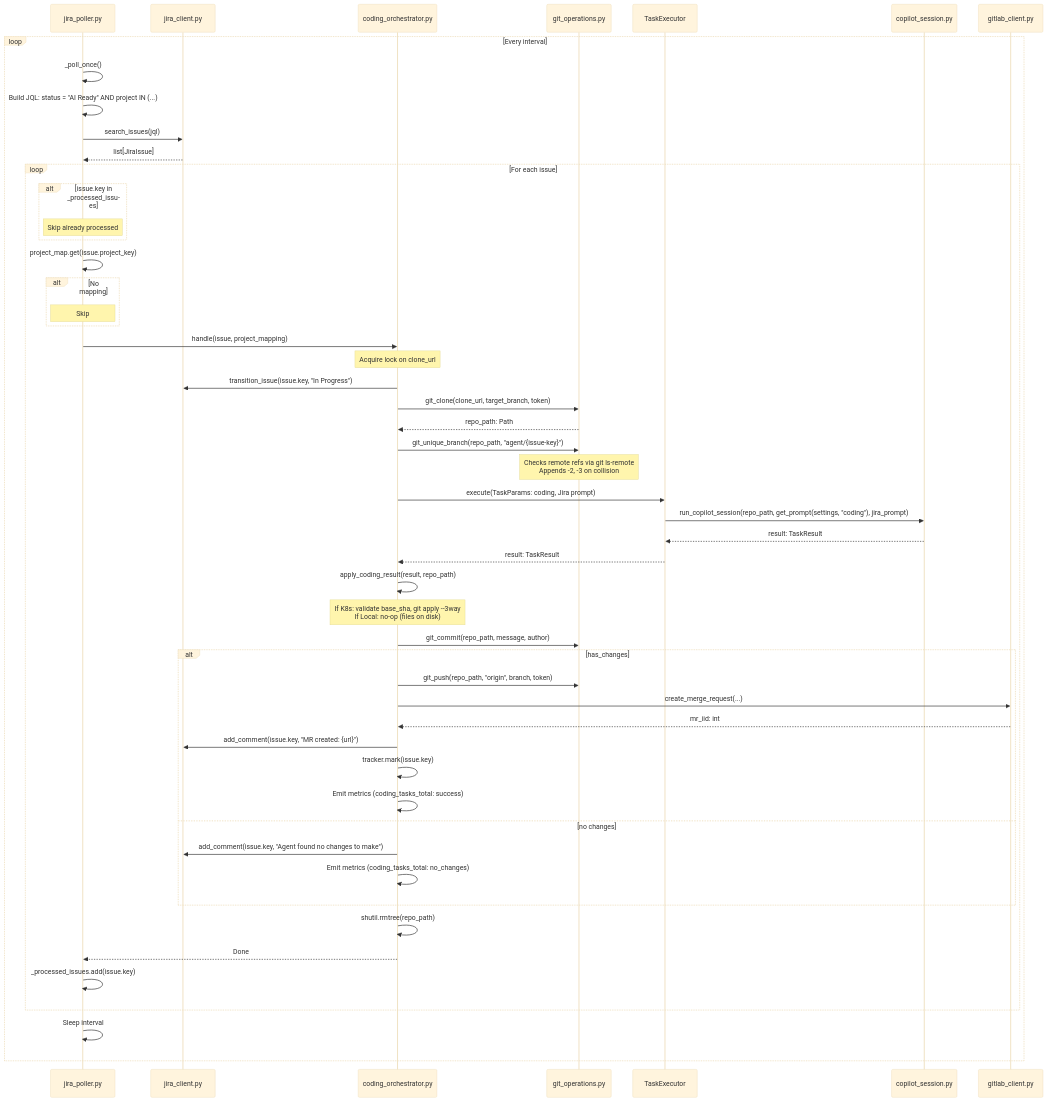
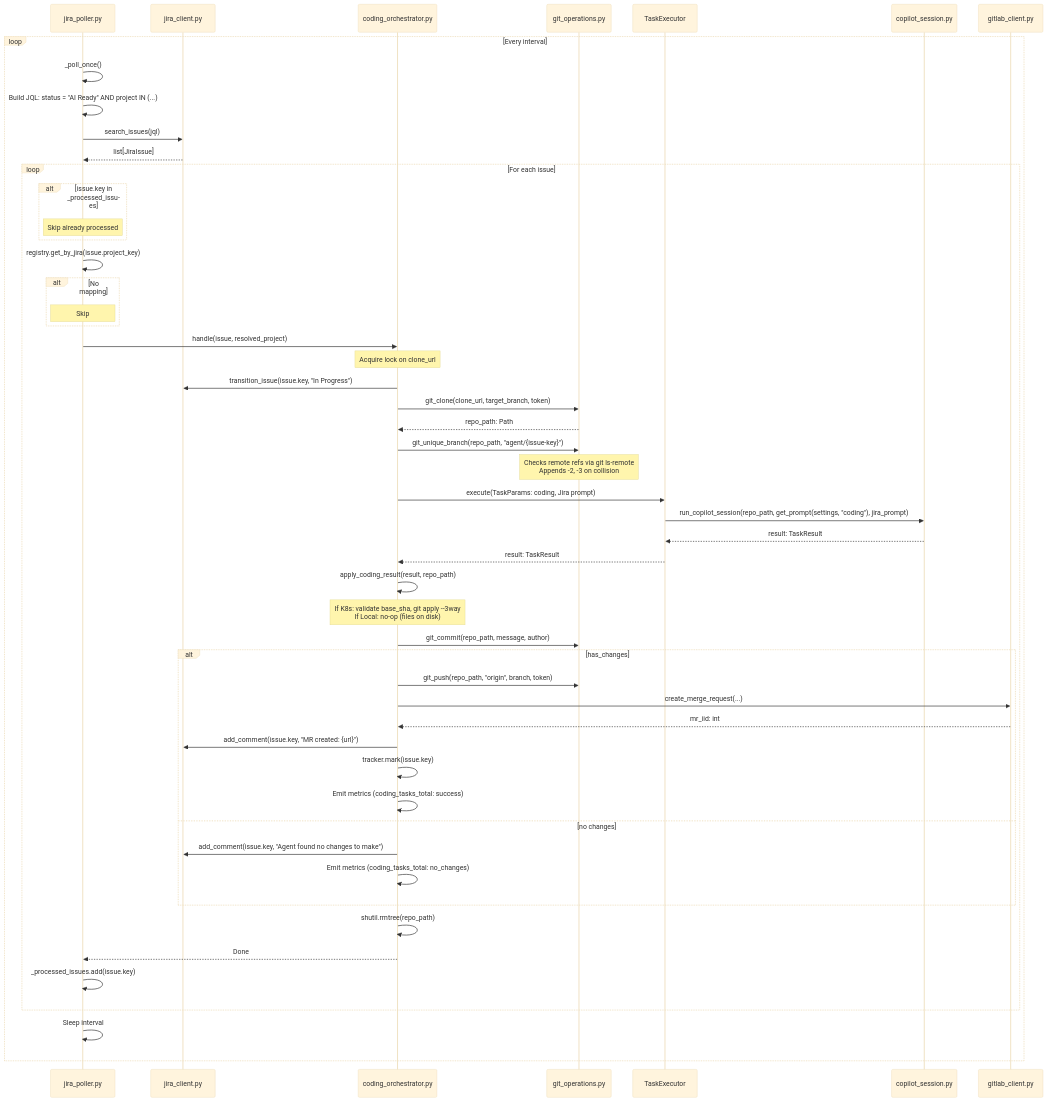
The fifth of 5 diagrams in docs/wiki/request-flows.md (peteroden/gitlab-copilot-agent), drawn with Mermaid (base theme) before and after one commit. The commit also changed other lines of this file and 5 other files, not shown here.

First line of the commit message:
docs(jira): update mapping docs, architecture refs, and add ADR-0007

````diff
--- a/docs/wiki/request-flows.md
+++ b/docs/wiki/request-flows.md
@@ -259,67 +259,67 @@
 ```mermaid
 sequenceDiagram
     participant POLL as jira_poller.py
     participant JCL as jira_client.py
     participant CODING as coding_orchestrator.py
     participant GIT as git_operations.py
     participant EXEC as TaskExecutor
     participant COP as copilot_session.py
     participant GLCL as gitlab_client.py
     
     loop Every interval
         POLL->>POLL: _poll_once()
         POLL->>POLL: Build JQL: status = "AI Ready" AND project IN (...)
         POLL->>JCL: search_issues(jql)
         JCL-->>POLL: list[JiraIssue]
         
         loop For each issue
             alt issue.key in _processed_issues
                 Note over POLL: Skip already processed
             end
             
-            POLL->>POLL: project_map.get(issue.project_key)
+            POLL->>POLL: registry.get_by_jira(issue.project_key)
             alt No mapping
                 Note over POLL: Skip
             end
             
-            POLL->>CODING: handle(issue, project_mapping)
+            POLL->>CODING: handle(issue, resolved_project)
             
             Note over CODING: Acquire lock on clone_url
             
             CODING->>JCL: transition_issue(issue.key, "In Progress")
             CODING->>GIT: git_clone(clone_url, target_branch, token)
             GIT-->>CODING: repo_path: Path
             
             CODING->>GIT: git_unique_branch(repo_path, "agent/{issue-key}")
             Note over GIT: Checks remote refs via git ls-remote<br/>Appends -2, -3 on collision
             
             CODING->>EXEC: execute(TaskParams: coding, Jira prompt)
             EXEC->>COP: run_copilot_session(repo_path, get_prompt(settings, "coding"), jira_prompt)
             COP-->>EXEC: result: TaskResult
             EXEC-->>CODING: result: TaskResult
             
             CODING->>CODING: apply_coding_result(result, repo_path)
             Note over CODING: If K8s: validate base_sha, git apply --3way<br/>If Local: no-op (files on disk)
             
             CODING->>GIT: git_commit(repo_path, message, author)
             alt has_changes
                 CODING->>GIT: git_push(repo_path, "origin", branch, token)
                 CODING->>GLCL: create_merge_request(...)
                 GLCL-->>CODING: mr_iid: int
                 CODING->>JCL: add_comment(issue.key, "MR created: {url}")
                 CODING->>CODING: tracker.mark(issue.key)
                 CODING->>CODING: Emit metrics (coding_tasks_total: success)
             else no changes
                 CODING->>JCL: add_comment(issue.key, "Agent found no changes to make")
                 CODING->>CODING: Emit metrics (coding_tasks_total: no_changes)
             end
             
             CODING->>CODING: shutil.rmtree(repo_path)
             CODING-->>POLL: Done
             
             POLL->>POLL: _processed_issues.add(issue.key)
         end
         
         POLL->>POLL: Sleep interval
     end
 ```
````
